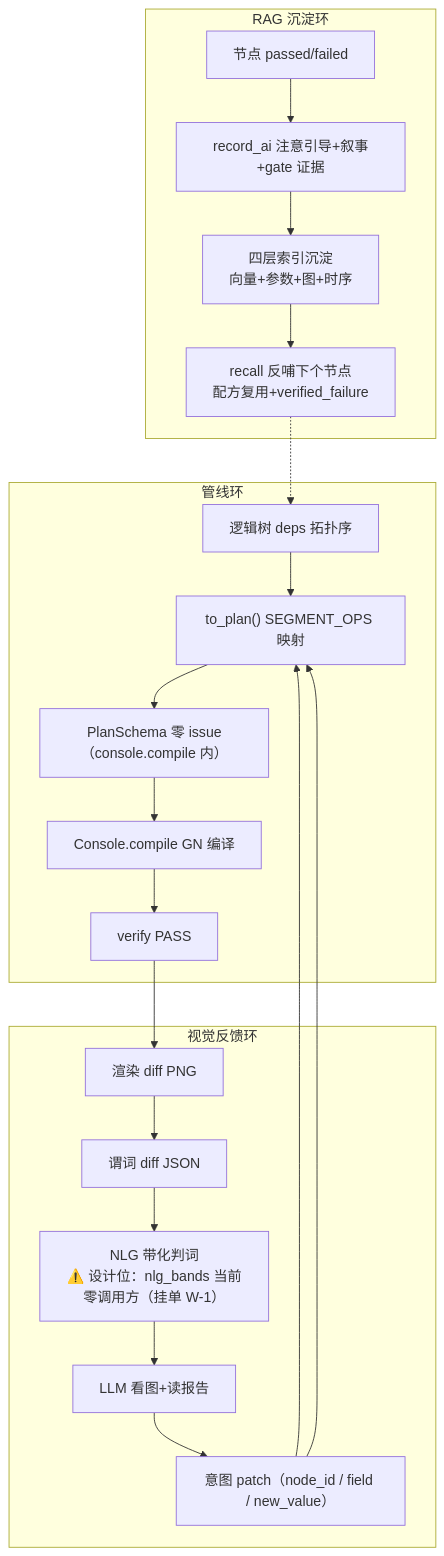
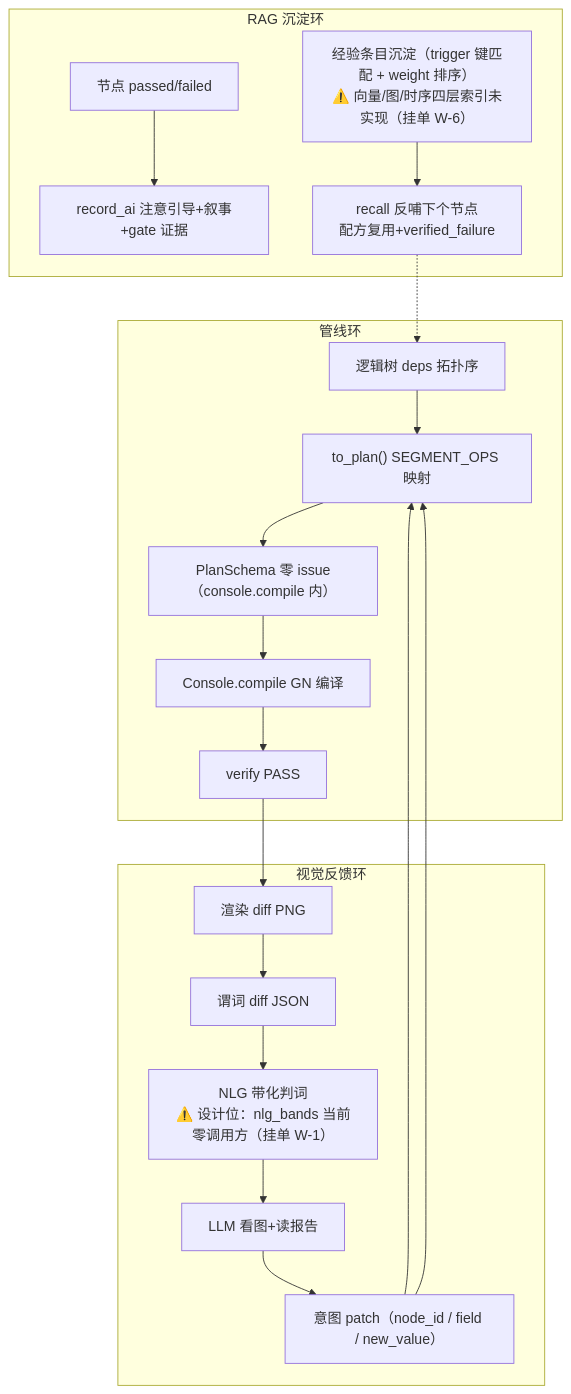
One commit to master666-max/blender-ai-console changed the sixth of 7 diagrams in docs/architecture/architecture_diagrams.md. Above: the diagram before and after it, drawn with Mermaid. The commit also changed other lines of this file, not shown here.

First line of the commit message:
docs: 图→代码反向审计——7 图逐图实证，揪出 4 处图实偏差并修 + 新挂单 W-6/W-7/W-8

````diff
--- a/docs/architecture/architecture_diagrams.md
+++ b/docs/architecture/architecture_diagrams.md
@@ -327,27 +328,27 @@
 ```mermaid
 graph TD
     subgraph PIPE["管线环"]
         A1["逻辑树 deps 拓扑序"] --> A2["to_plan() SEGMENT_OPS 映射"]
         A2 --> A3["PlanSchema 零 issue（console.compile 内）"]
         A3 --> A4["Console.compile GN 编译"]
         A4 --> A5["verify PASS"]
     end
 
     subgraph VIS["视觉反馈环"]
         B1["渲染 diff PNG"] --> B2["谓词 diff JSON"]
         B2 --> B3["NLG 带化判词<br/>⚠️ 设计位：nlg_bands 当前零调用方（挂单 W-1）"]
         B3 --> B4["LLM 看图+读报告"]
         B4 --> B5["意图 patch（node_id / field / new_value）"]
         B5 --> A2
     end
 
     subgraph RAG["RAG 沉淀环"]
         C1["节点 passed/failed"] --> C2["record_ai 注意引导+叙事+gate 证据"]
-        C2 --> C3["四层索引沉淀<br/>向量+参数+图+时序"]
+        C3["经验条目沉淀（trigger 键匹配 + weight 排序）<br/>⚠️ 向量/图/时序四层索引未实现（挂单 W-6）"]
         C3 --> C4["recall 反哺下个节点<br/>配方复用+verified_failure"]
         C4 -.-> A1
     end
 
     A5 --> B1
     B5 --> A2
 ```
````
